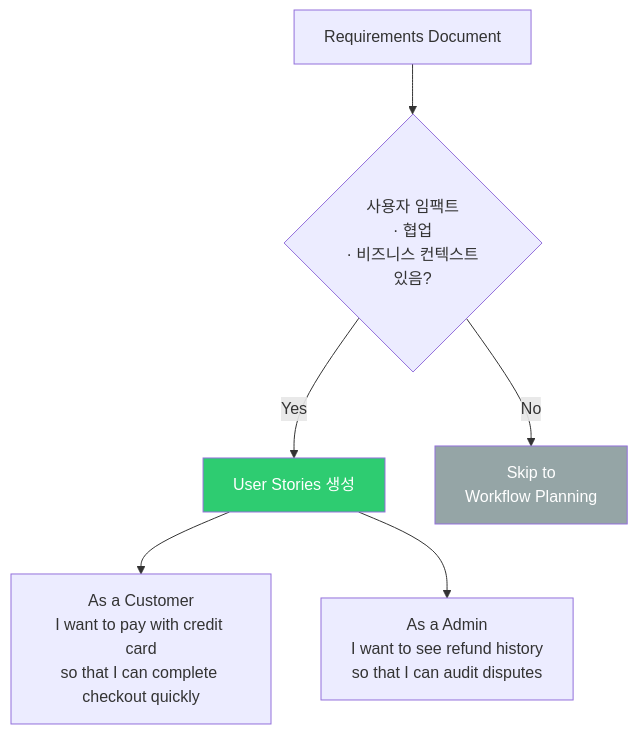
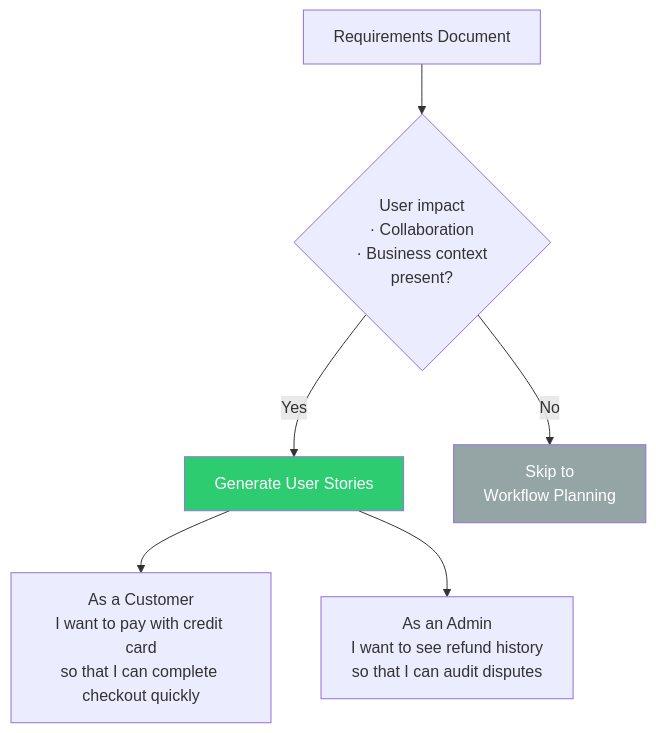
One commit to devfloor9/engineering-playbook changed the fifth of 9 diagrams in docs/aidlc/methodology/adaptive-execution.md. Above: the diagram before and after it, drawn with Mermaid. The commit also changed other lines of this file and 954 other files, not shown here.

````diff
--- a/docs/aidlc/methodology/adaptive-execution.md
+++ b/docs/aidlc/methodology/adaptive-execution.md
@@ -174,12 +174,12 @@
 ```mermaid
 flowchart TB
-    REQ[Requirements Document] --> CHECK{사용자 임팩트<br/>· 협업<br/>· 비즈니스 컨텍스트<br/>있음?}
-    CHECK -->|Yes| US[User Stories 생성]
+    REQ[Requirements Document] --> CHECK{User impact<br/>· Collaboration<br/>· Business context<br/>present?}
+    CHECK -->|Yes| US[Generate User Stories]
     CHECK -->|No| SKIP[Skip to<br/>Workflow Planning]
 
     US --> US1[As a Customer<br/>I want to pay with credit card<br/>so that I can complete checkout quickly]
-    US --> US2[As a Admin<br/>I want to see refund history<br/>so that I can audit disputes]
+    US --> US2[As an Admin<br/>I want to see refund history<br/>so that I can audit disputes]
 
     style US fill:#2ecc71,color:#fff
     style SKIP fill:#95a5a6,color:#fff
 ```
````
